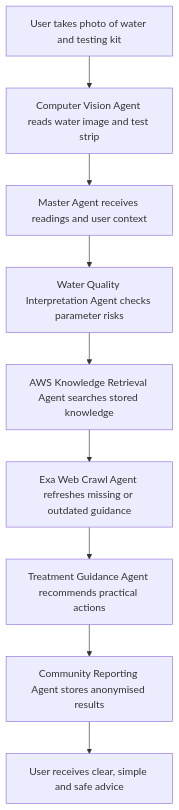
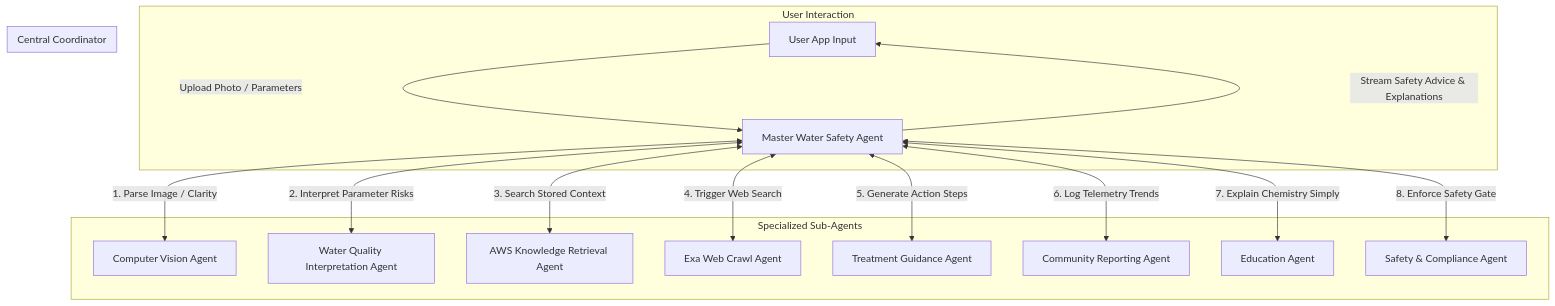
The fourth of 4 diagrams in README.md (darrendariustan/soar-water-quality-copilot), drawn with Mermaid before and after one commit. The commit also changed other lines of this file, not shown here.

````diff
--- a/README.md
+++ b/README.md
@@ -188,11 +198,31 @@
 ```mermaid
 graph TD
-    A[User takes photo of water and testing kit] --> B[Computer Vision Agent reads water image and test strip]
-    B --> C[Master Agent receives readings and user context]
-    C --> D[Water Quality Interpretation Agent checks parameter risks]
-    D --> E[AWS Knowledge Retrieval Agent searches stored knowledge]
-    E --> F[Exa Web Crawl Agent refreshes missing or outdated guidance]
-    F --> G[Treatment Guidance Agent recommends practical actions]
-    G --> H[Community Reporting Agent stores anonymised results]
-    H --> I[User receives clear, simple and safe advice]
+    subgraph UI [User Interaction]
+        User[User App Input] -->|Upload Photo / Parameters| Master[Master Water Safety Agent]
+        Master -->|Stream Safety Advice & Explanations| User
+    end
+
+    subgraph Hub [Central Coordinator]
+        Master
+    end
+
+    subgraph Spokes [Specialized Sub-Agents]
+        CV[Computer Vision Agent]
+        WQ[Water Quality Interpretation Agent]
+        AWS[AWS Knowledge Retrieval Agent]
+        Exa[Exa Web Crawl Agent]
+        Treat[Treatment Guidance Agent]
+        Report[Community Reporting Agent]
+        Edu[Education Agent]
+        Safety[Safety & Compliance Agent]
+    end
+
+    Master <-->|1. Parse Image / Clarity| CV
+    Master <-->|2. Interpret Parameter Risks| WQ
+    Master <-->|3. Search Stored Context| AWS
+    Master <-->|4. Trigger Web Search| Exa
+    Master <-->|5. Generate Action Steps| Treat
+    Master <-->|6. Log Telemetry Trends| Report
+    Master <-->|7. Explain Chemistry Simply| Edu
+    Master <-->|8. Enforce Safety Gate| Safety
 ```
````
